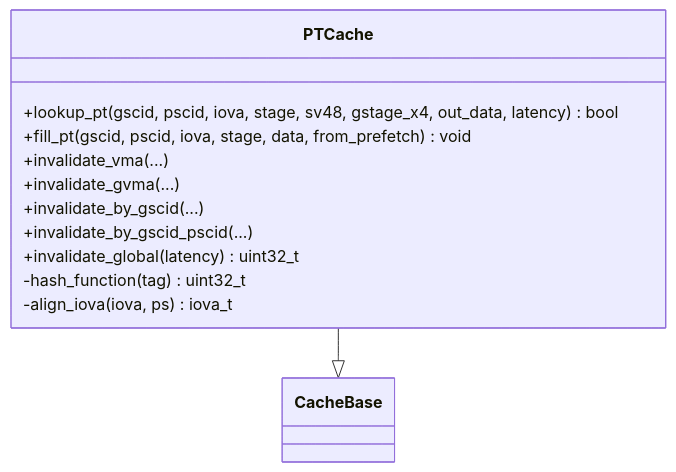
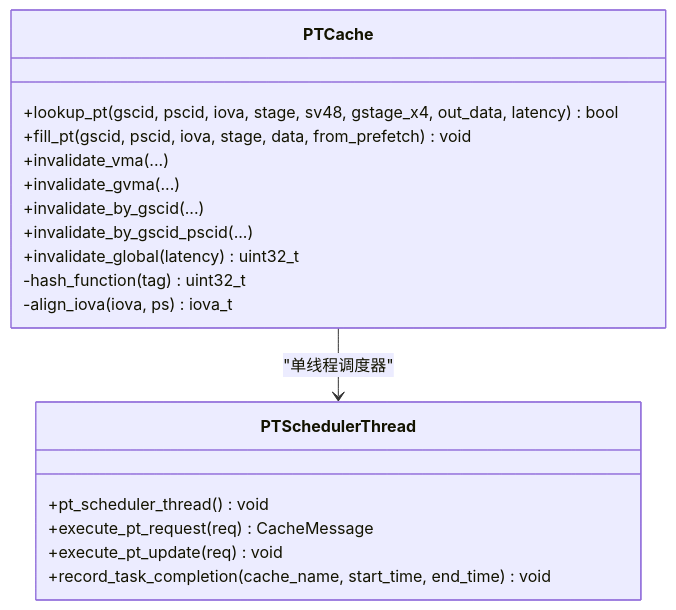
Before and after one commit to jiangjiang1122/iommu_model_20260401_v1: the fifth of 11 diagrams in .qoder/repowiki/zh/content/缓存系统架构/缓存系统架构.md, drawn with Mermaid. The commit also changed other lines of this file and 25 other files, not shown here.

````diff
--- a/.qoder/repowiki/zh/content/缓存系统架构/缓存系统架构.md
+++ b/.qoder/repowiki/zh/content/缓存系统架构/缓存系统架构.md
@@ -217,15 +223,21 @@
 ```mermaid
 classDiagram
 class PTCache {
 +lookup_pt(gscid, pscid, iova, stage, sv48, gstage_x4, out_data, latency) bool
 +fill_pt(gscid, pscid, iova, stage, data, from_prefetch) void
 +invalidate_vma(...)
 +invalidate_gvma(...)
 +invalidate_by_gscid(...)
 +invalidate_by_gscid_pscid(...)
 +invalidate_global(latency) uint32_t
 -hash_function(tag) uint32_t
 -align_iova(iova, ps) iova_t
 }
-PTCache --|> CacheBase
+class PTSchedulerThread {
++pt_scheduler_thread() void
++execute_pt_request(req) CacheMessage
++execute_pt_update(req) void
++record_task_completion(cache_name, start_time, end_time) void
+}
+PTCache --> PTSchedulerThread : "单线程调度器"
 ```
````
